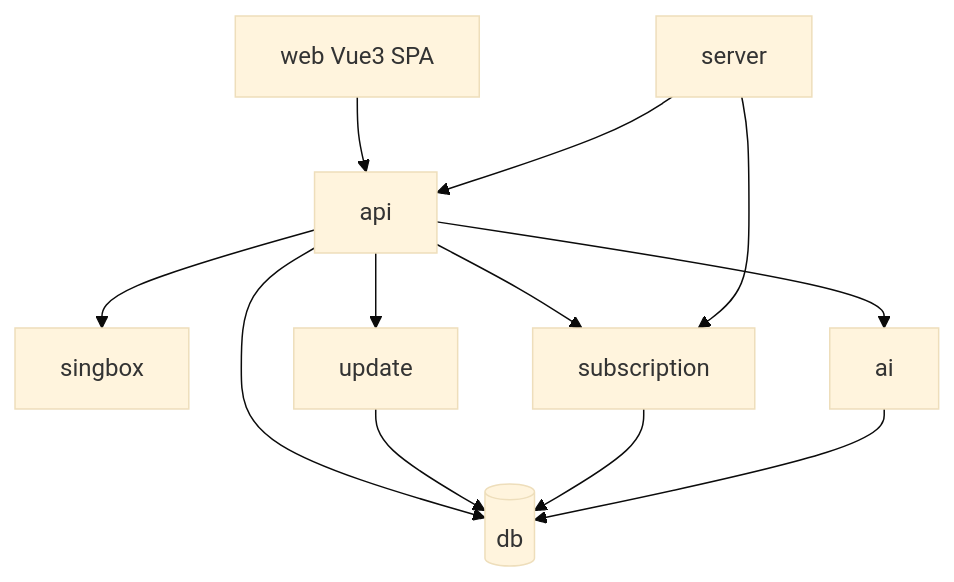
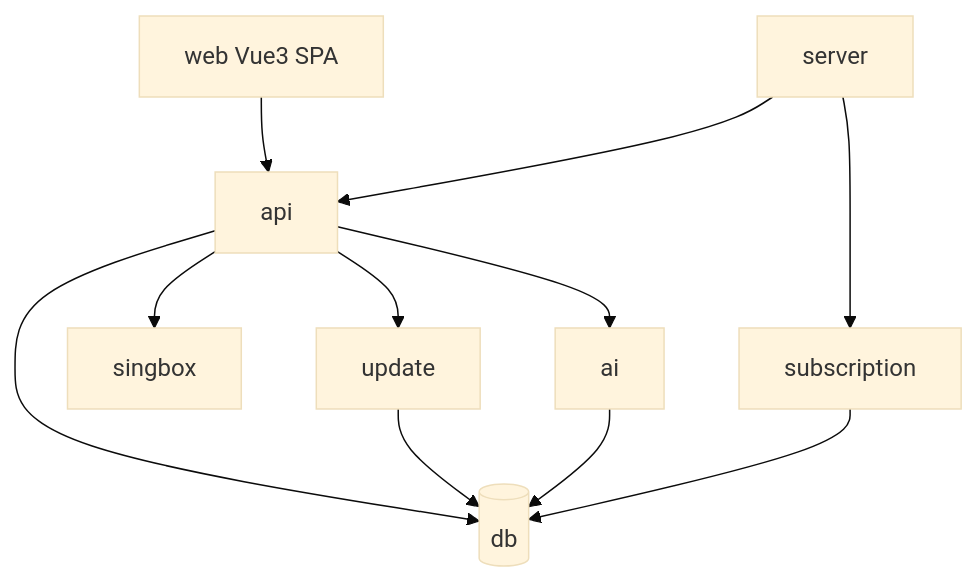
One commit to HodgeWen/proxy-ui changed the diagram in .agents/docs/CODE-MAP.md. Above: the diagram before and after it, drawn with Mermaid (base theme). The commit also changed other lines of this file and 20 other files, not shown here.

````diff
--- a/.agents/docs/CODE-MAP.md
+++ b/.agents/docs/CODE-MAP.md
@@ -50,14 +50,13 @@
 ```mermaid
 graph TD
     web[web Vue3 SPA] --> api[api]
     api --> db[(db)]
     api --> singbox[singbox]
-    api --> subscription[subscription]
     api --> update[update]
     api --> ai[ai]
     update --> db
-    subscription --> db
+    subscription[subscription] --> db
     ai --> db
     server[server] --> api
     server --> subscription
 ```
````
